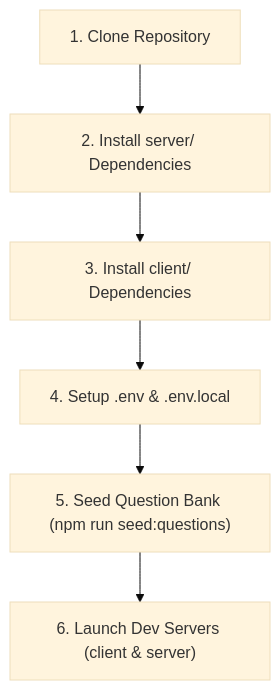
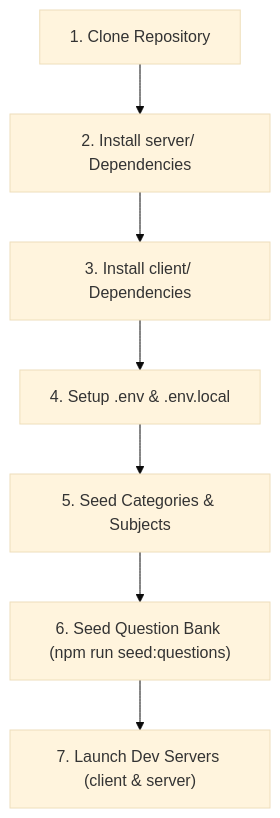
Before and after one commit to harshverma-25/CodeArena: the diagram in docs/11-development-guide.md, drawn with Mermaid (base theme). The commit also changed other lines of this file and 17 other files, not shown here.

Commit message:
docs: synchronize project documentation with current architecture

````diff
--- a/docs/11-development-guide.md
+++ b/docs/11-development-guide.md
@@ -15,8 +14,9 @@
 ```mermaid
 flowchart TD
     Clone["1. Clone Repository"] --> InstallServer["2. Install server/ Dependencies"]
     InstallServer --> InstallClient["3. Install client/ Dependencies"]
     InstallClient --> ConfigEnv["4. Setup .env & .env.local"]
-    ConfigEnv --> SeedDB["5. Seed Question Bank (npm run seed:questions)"]
-    SeedDB --> RunServers["6. Launch Dev Servers (client & server)"]
+    ConfigEnv --> SeedCategories["5. Seed Categories & Subjects"]
+    SeedCategories --> SeedQuestions["6. Seed Question Bank (npm run seed:questions)"]
+    SeedQuestions --> RunServers["7. Launch Dev Servers (client & server)"]
 ```
````
